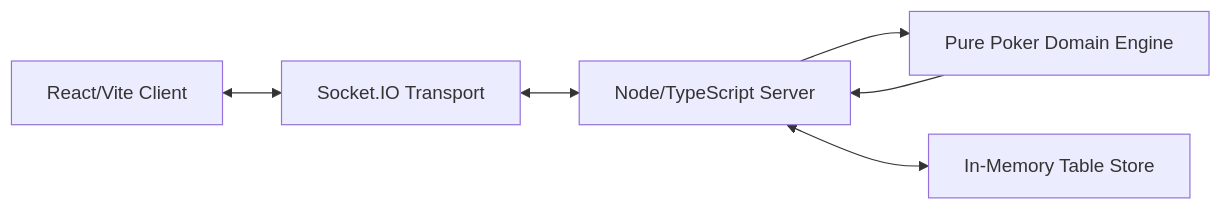
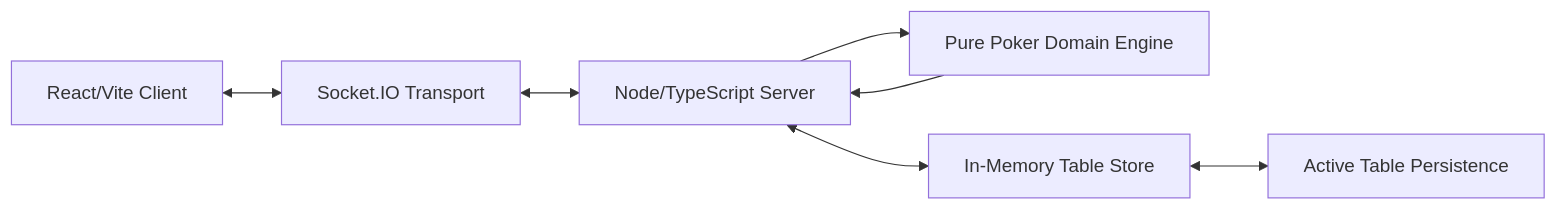
One commit to jsteinshouer/holdem changed the diagram in docs/architecture.md. Above: the diagram before and after it, drawn with Mermaid. The commit also changed other lines of this file and 6 other files, not shown here.

Commit message:
docs: document active table persistence with SQLite support for server restarts and create an issue for implementation

````diff
--- a/docs/architecture.md
+++ b/docs/architecture.md
@@ -9,14 +9,16 @@
 ```mermaid
 flowchart LR
   Browser["React/Vite Client"]
   Socket["Socket.IO Transport"]
   Server["Node/TypeScript Server"]
   Domain["Pure Poker Domain Engine"]
   Memory["In-Memory Table Store"]
+  Persistence["Active Table Persistence"]
 
   Browser <--> Socket
   Socket <--> Server
   Server --> Domain
   Domain --> Server
   Server <--> Memory
+  Memory <--> Persistence
 ```
````
